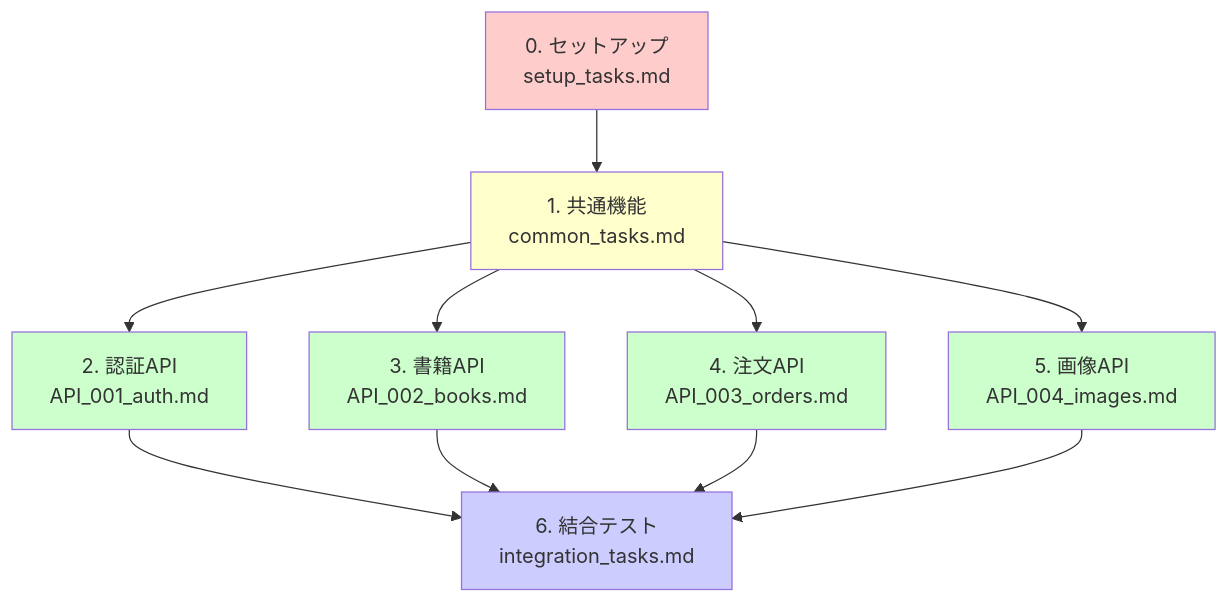
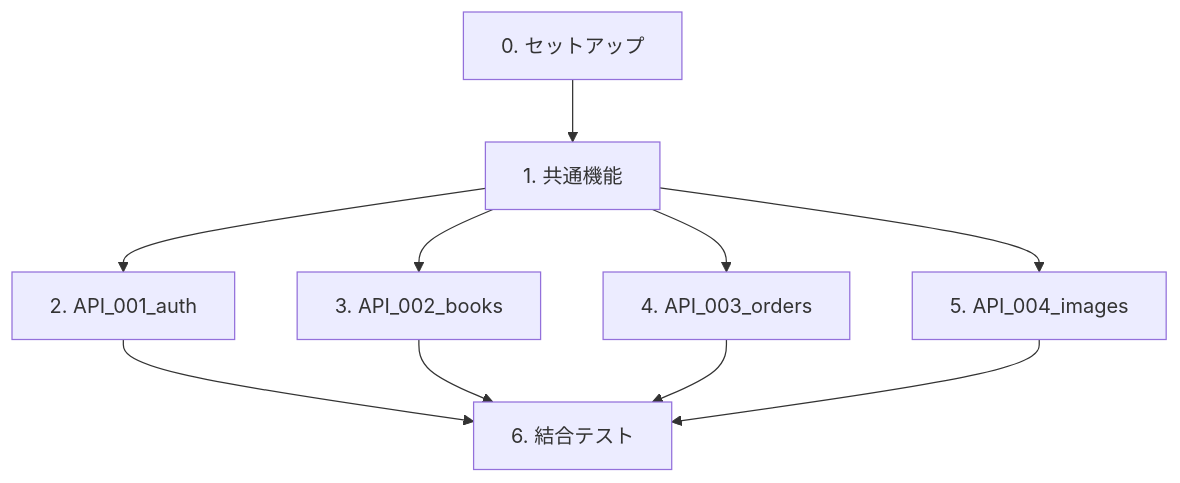
The diagram in projects/sdd/bookstore/berry-books-api-sdd/tasks/tasks.md (KenyaSaitoh/ai_driven_dev_202601), drawn with Mermaid before and after one commit. The commit also changed other lines of this file and 402 other files, not shown here.

````diff
--- a/projects/sdd/bookstore/berry-books-api-sdd/tasks/tasks.md
+++ b/projects/sdd/bookstore/berry-books-api-sdd/tasks/tasks.md
@@ -61,22 +71,12 @@
 ```mermaid
-graph TD
-    Setup[0. セットアップ<br/>setup_tasks.md] --> Common[1. 共通機能<br/>common_tasks.md]
-    
-    Common --> Auth[2. 認証API<br/>API_001_auth.md]
-    Common --> Books[3. 書籍API<br/>API_002_books.md]
-    Common --> Orders[4. 注文API<br/>API_003_orders.md]
-    Common --> Images[5. 画像API<br/>API_004_images.md]
-    
-    Auth --> Integration[6. 結合テスト<br/>integration_tasks.md]
+graph TB
+    Setup[0. セットアップ] --> Common[1. 共通機能]
+    Common --> Auth[2. API_001_auth]
+    Common --> Books[3. API_002_books]
+    Common --> Orders[4. API_003_orders]
+    Common --> Images[5. API_004_images]
+    Auth --> Integration[6. 結合テスト]
     Books --> Integration
     Orders --> Integration
     Images --> Integration
-    
-    style Setup fill:#ffcccc
-    style Common fill:#ffffcc
-    style Auth fill:#ccffcc
-    style Books fill:#ccffcc
-    style Orders fill:#ccffcc
-    style Images fill:#ccffcc
-    style Integration fill:#ccccff
 ```
````
